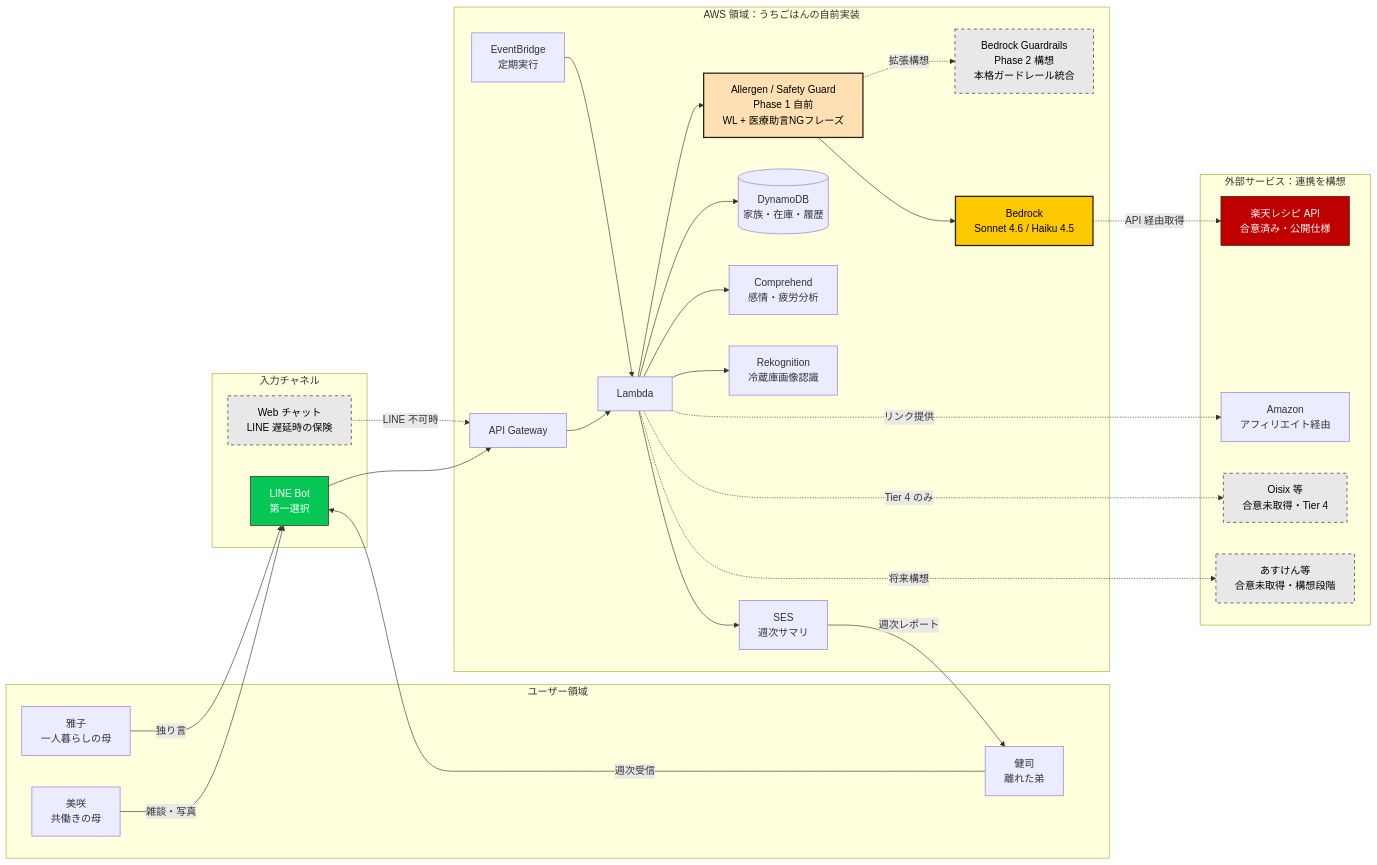
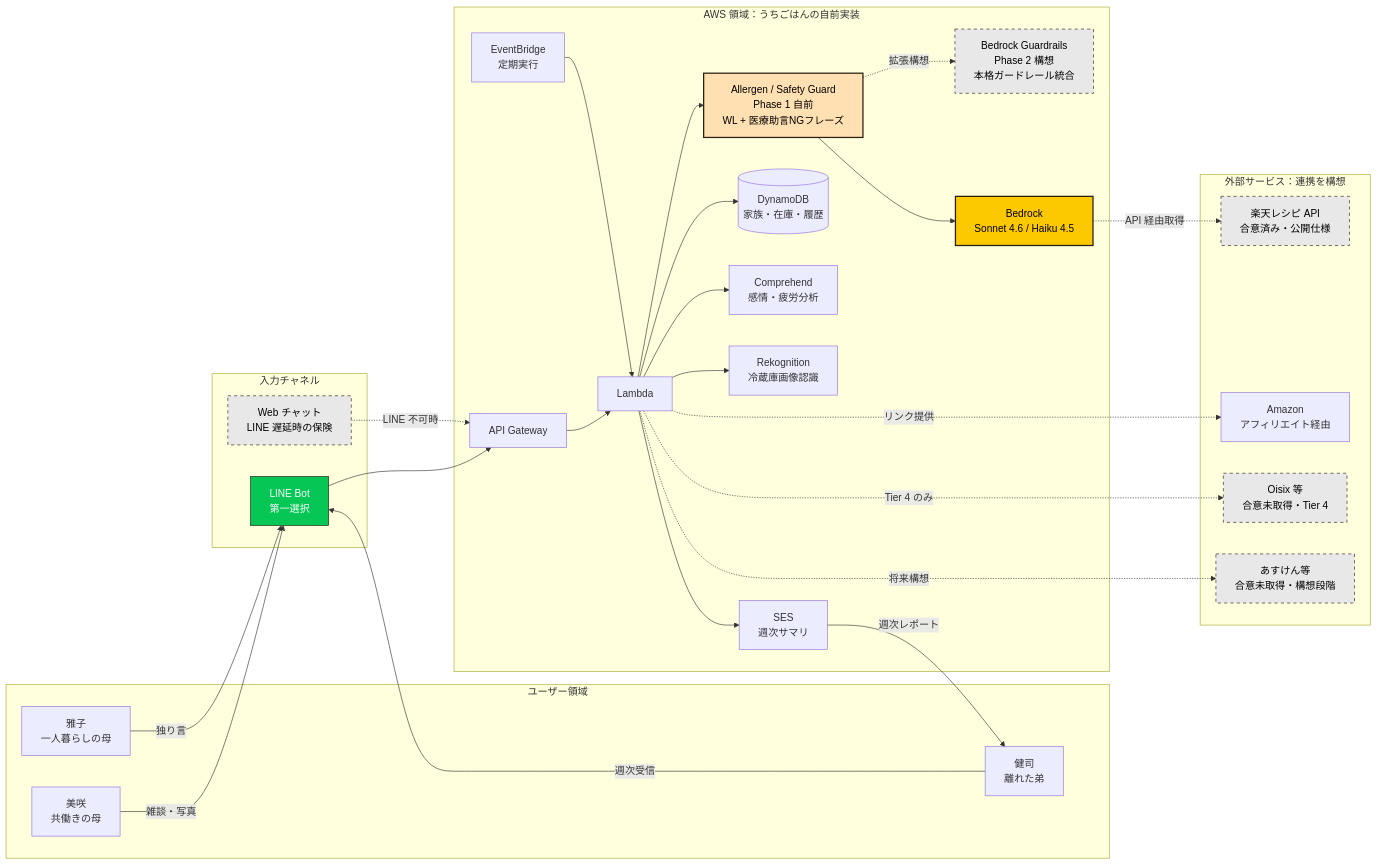
The second of 2 diagrams in aidlc-docs/03-application-design.md (enomotom-cloud/uchigohan), drawn with Mermaid before and after one commit.

Commit message:
docs: neutralize Rakuten brand color in architecture diagram

````diff
--- a/aidlc-docs/03-application-design.md
+++ b/aidlc-docs/03-application-design.md
@@ -51,65 +51,65 @@
 ```mermaid
 graph LR
     subgraph User["ユーザー領域"]
         U1[美咲<br/>共働きの母]
         U2[雅子<br/>一人暮らしの母]
         U3[健司<br/>離れた弟]
     end
 
     subgraph Channel["入力チャネル"]
         LINE[LINE Bot<br/>第一選択]
         WEB[Web チャット<br/>LINE 遅延時の保険]
     end
 
     subgraph AWS["AWS 領域：うちごはんの自前実装"]
         APIGW[API Gateway]
         LAMBDA[Lambda]
         GUARD["Allergen / Safety Guard<br/>Phase 1 自前<br/>WL + 医療助言NGフレーズ"]
         GUARD_P2["Bedrock Guardrails<br/>Phase 2 構想<br/>本格ガードレール統合"]
         BEDROCK[Bedrock<br/>Sonnet 4.6 / Haiku 4.5]
         DDB[(DynamoDB<br/>家族・在庫・履歴)]
         COMP[Comprehend<br/>感情・疲労分析]
         REKO[Rekognition<br/>冷蔵庫画像認識]
         EB[EventBridge<br/>定期実行]
         SES[SES<br/>週次サマリ]
     end
 
     subgraph External["外部サービス：連携を構想"]
         RAKUTEN[楽天レシピ API<br/>合意済み・公開仕様]
         AMAZON[Amazon<br/>アフィリエイト経由]
         OISIX[Oisix 等<br/>合意未取得・Tier 4]
         ASKEN[あすけん等<br/>合意未取得・構想段階]
     end
 
     U1 -->|雑談・写真| LINE
     U2 -->|独り言| LINE
     U3 -->|週次受信| LINE
 
     LINE --> APIGW
     WEB -.->|LINE 不可時| APIGW
     APIGW --> LAMBDA
     LAMBDA --> GUARD
     GUARD --> BEDROCK
     GUARD -.->|拡張構想| GUARD_P2
     LAMBDA --> COMP
     LAMBDA --> REKO
     LAMBDA --> DDB
 
     BEDROCK -.->|API 経由取得| RAKUTEN
     LAMBDA -.->|リンク提供| AMAZON
     LAMBDA -.->|Tier 4 のみ| OISIX
     LAMBDA -.->|将来構想| ASKEN
 
     EB --> LAMBDA
     LAMBDA --> SES
     SES -->|週次レポート| U3
 
     style BEDROCK fill:#FCC800,stroke:#2A1F12,stroke-width:2px,color:#000
     style LINE fill:#06C755,stroke:#2A1F12,color:#fff
     style WEB fill:#E8E8E8,stroke:#2A1F12,stroke-dasharray: 5 5,color:#000
     style GUARD fill:#FFE0B2,stroke:#2A1F12,stroke-width:2px,color:#000
     style GUARD_P2 fill:#E8E8E8,stroke:#2A1F12,stroke-dasharray: 5 5,color:#000
-    style RAKUTEN fill:#BF0000,stroke:#2A1F12,color:#fff
+    style RAKUTEN fill:#E8E8E8,stroke:#2A1F12,stroke-dasharray: 5 5,color:#000
     style OISIX fill:#E8E8E8,stroke:#2A1F12,stroke-dasharray: 5 5,color:#000
     style ASKEN fill:#E8E8E8,stroke:#2A1F12,stroke-dasharray: 5 5,color:#000
 ```
````
